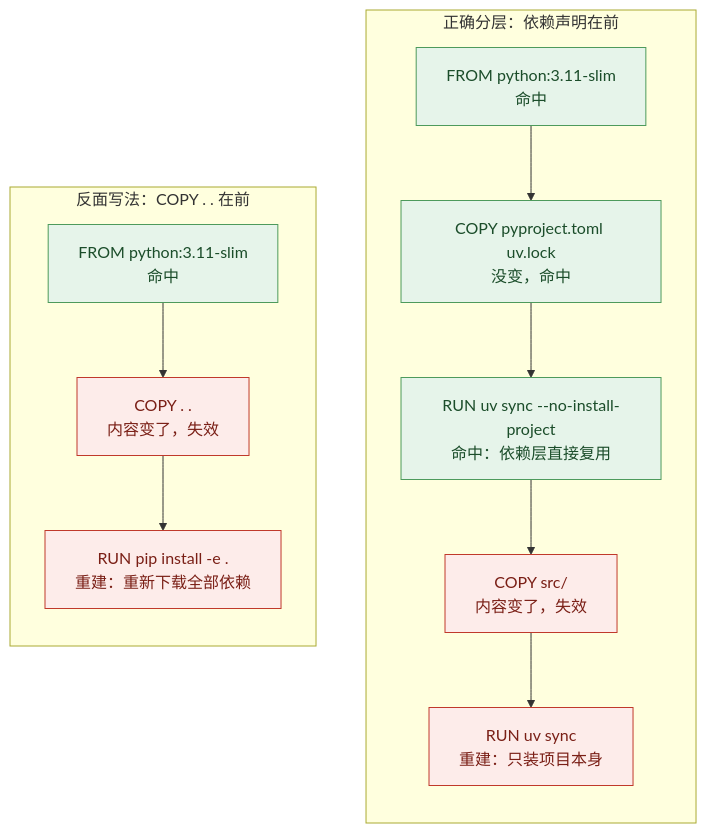
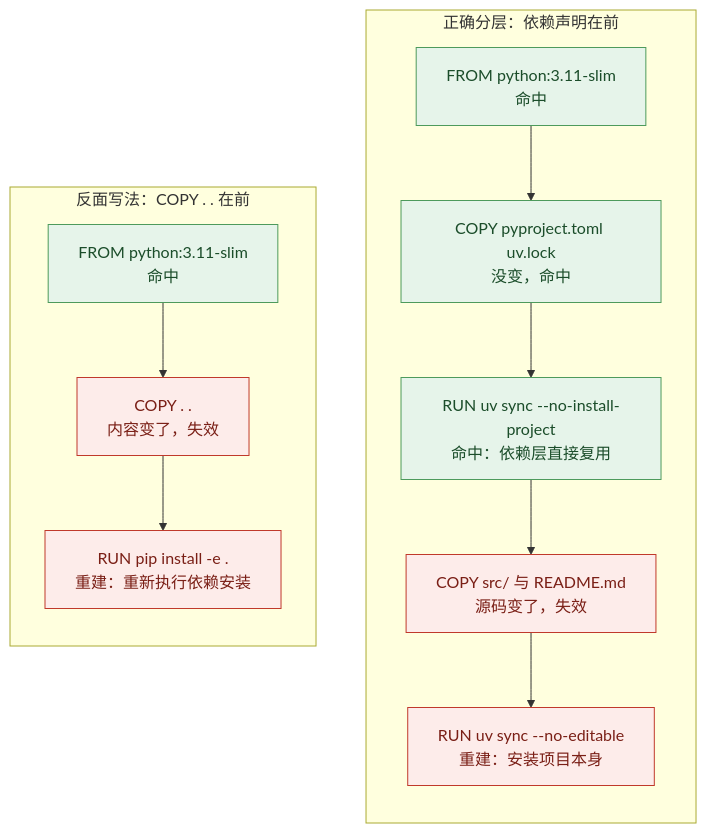
One commit to arganzheng/arganzheng.github.com changed the fourth of 5 diagrams in _posts/2026-01-30-python-engineering-and-production-delivery.md. Above: the diagram before and after it, drawn with Mermaid. The commit also changed other lines of this file and 1 other file, not shown here.

Commit message:
Python 02下与07：补齐数据流图、就近 Java 对照并修正交付边界

````diff
--- a/_posts/2026-01-30-python-engineering-and-production-delivery.md
+++ b/_posts/2026-01-30-python-engineering-and-production-delivery.md
@@ -1250,16 +1313,16 @@
 ```mermaid
 %% 图：改一行业务代码后，两种 Dockerfile 各有哪些层命中缓存、哪些要重建
 flowchart TB
     subgraph GOOD["正确分层：依赖声明在前"]
         direction TB
-        G1["FROM python:3.11-slim<br/>命中"] --> G2["COPY pyproject.toml uv.lock<br/>没变，命中"] --> G3["RUN uv sync --no-install-project<br/>命中：依赖层直接复用"] --> G4["COPY src/<br/>内容变了，失效"] --> G5["RUN uv sync<br/>重建：只装项目本身"]
+        G1["FROM python:3.11-slim<br/>命中"] --> G2["COPY pyproject.toml uv.lock<br/>没变，命中"] --> G3["RUN uv sync --no-install-project<br/>命中：依赖层直接复用"] --> G4["COPY src/ 与 README.md<br/>源码变了，失效"] --> G5["RUN uv sync --no-editable<br/>重建：安装项目本身"]
     end
     subgraph BAD["反面写法：COPY . . 在前"]
         direction TB
-        B1["FROM python:3.11-slim<br/>命中"] --> B2["COPY . .<br/>内容变了，失效"] --> B3["RUN pip install -e .<br/>重建：重新下载全部依赖"]
+        B1["FROM python:3.11-slim<br/>命中"] --> B2["COPY . .<br/>内容变了，失效"] --> B3["RUN pip install -e .<br/>重建：重新执行依赖安装"]
     end
     classDef hit fill:#e6f4ea,stroke:#4d9a5c,color:#1b4d2a
     classDef miss fill:#fdecea,stroke:#c0392b,color:#7a1f16
     class B1,G1,G2,G3 hit
     class B2,B3,G4,G5 miss
 ```
````
